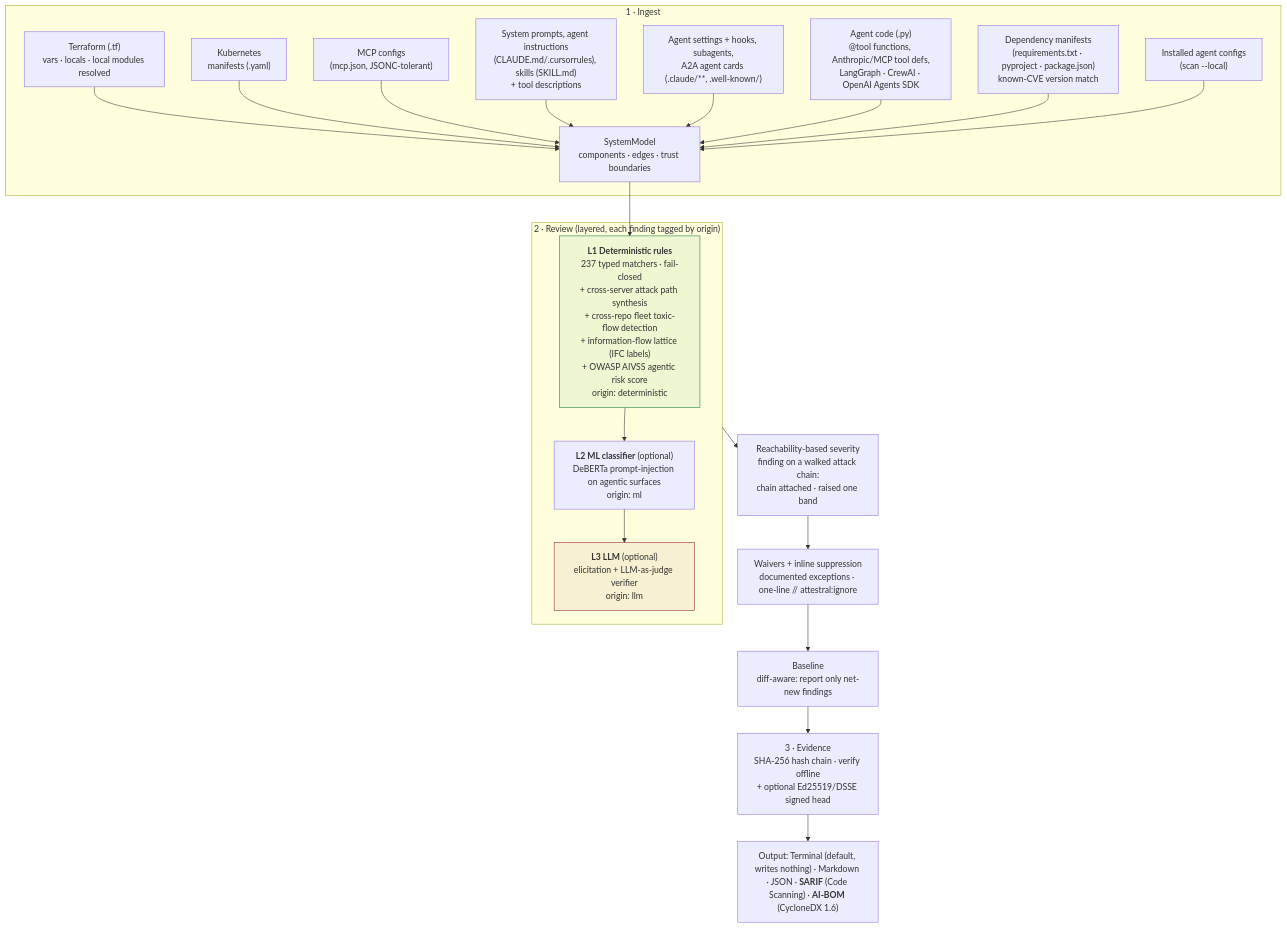
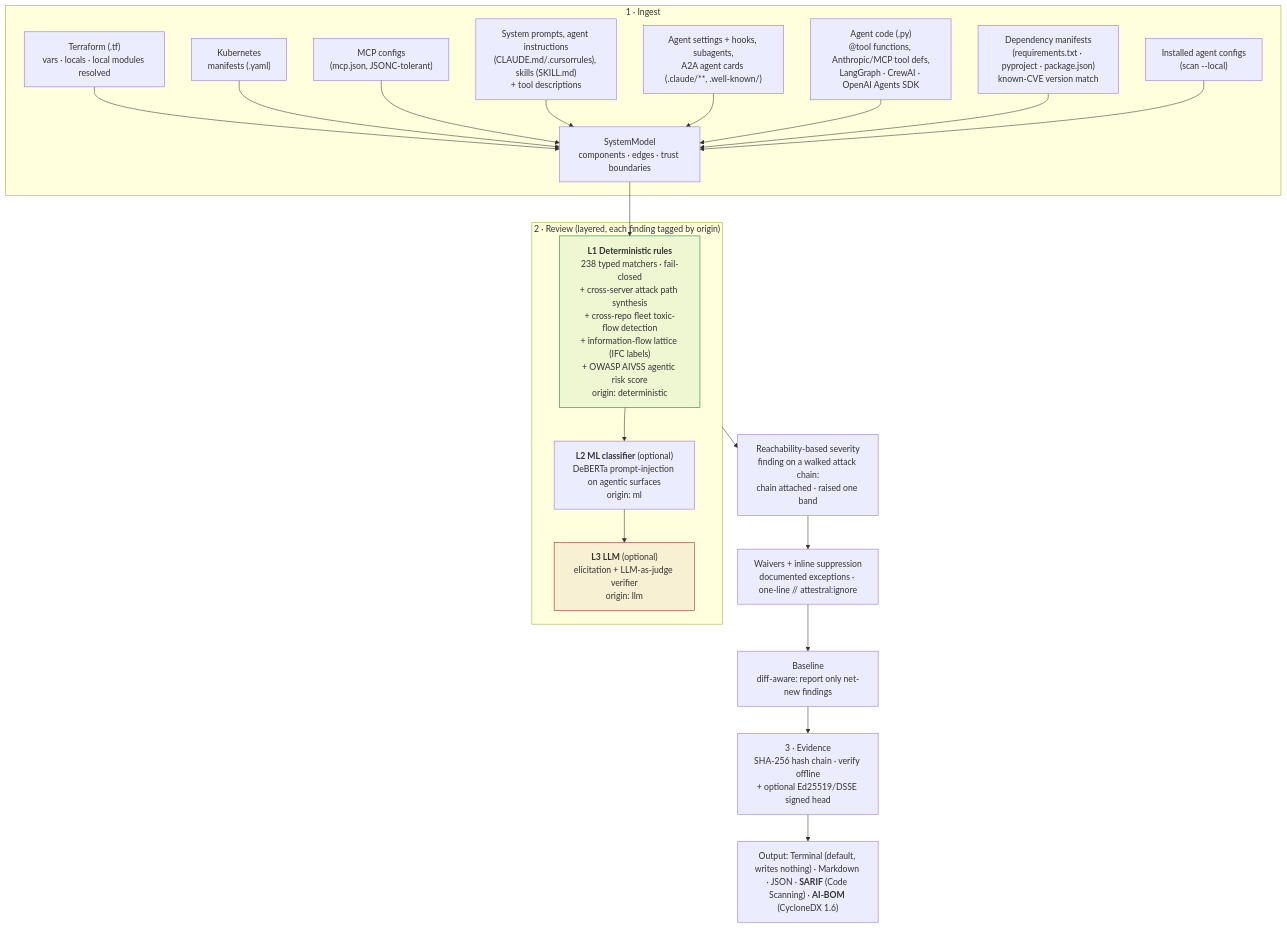
One commit to zeyadalsakhii/attestral changed the first of 4 diagrams in README.md. Above: the diagram before and after it, drawn with Mermaid. The commit also changed other lines of this file and 13 other files, not shown here.

````diff
--- a/README.md
+++ b/README.md
@@ -120,28 +120,28 @@
 ```mermaid
 flowchart TB
     subgraph ING["1 · Ingest"]
         TF["Terraform (.tf)<br/>vars · locals · local modules resolved"] --> M
         K8S["Kubernetes<br/>manifests (.yaml)"] --> M
         MCP["MCP configs<br/>(mcp.json, JSONC-tolerant)"] --> M
         SP["System prompts, agent instructions<br/>(CLAUDE.md/.cursorrules), skills (SKILL.md)<br/>+ tool descriptions"] --> M
         AC["Agent settings + hooks, subagents,<br/>A2A agent cards (.claude/**, .well-known/)"] --> M
         CODE["Agent code (.py)<br/>@tool functions, Anthropic/MCP tool defs,<br/>LangGraph · CrewAI · OpenAI Agents SDK"] --> M
         DEP["Dependency manifests<br/>(requirements.txt · pyproject · package.json)<br/>known-CVE version match"] --> M
         LC["Installed agent configs<br/>(scan --local)"] --> M
         M["SystemModel<br/>components · edges · trust boundaries"]
     end
     M --> L1
     subgraph REV["2 · Review (layered, each finding tagged by origin)"]
-        L1["<b>L1 Deterministic rules</b><br/>237 typed matchers · fail-closed<br/>+ cross-server attack path synthesis<br/>+ cross-repo fleet toxic-flow detection<br/>+ information-flow lattice (IFC labels)<br/>+ OWASP AIVSS agentic risk score<br/>origin: deterministic"]
+        L1["<b>L1 Deterministic rules</b><br/>238 typed matchers · fail-closed<br/>+ cross-server attack path synthesis<br/>+ cross-repo fleet toxic-flow detection<br/>+ information-flow lattice (IFC labels)<br/>+ OWASP AIVSS agentic risk score<br/>origin: deterministic"]
         L2["<b>L2 ML classifier</b> (optional)<br/>DeBERTa prompt-injection on agentic surfaces<br/>origin: ml"]
         L3["<b>L3 LLM</b> (optional)<br/>elicitation + LLM-as-judge verifier<br/>origin: llm"]
         L1 --> L2 --> L3
     end
     REV --> RS["Reachability-based severity<br/>finding on a walked attack chain:<br/>chain attached · raised one band"]
     RS --> W["Waivers + inline suppression<br/>documented exceptions · one-line // attestral:ignore"]
     W --> BL["Baseline<br/>diff-aware: report only net-new findings"]
     BL --> EV["3 · Evidence<br/>SHA-256 hash chain · verify offline<br/>+ optional Ed25519/DSSE signed head"]
     EV --> OUT["Output: Terminal (default, writes nothing) · Markdown · JSON · <b>SARIF</b> (Code Scanning) · <b>AI-BOM</b> (CycloneDX 1.6)"]
     style L1 fill:#0a7d3611,stroke:#0a7d36
     style L3 fill:#96222E11,stroke:#96222E
 ```
````
